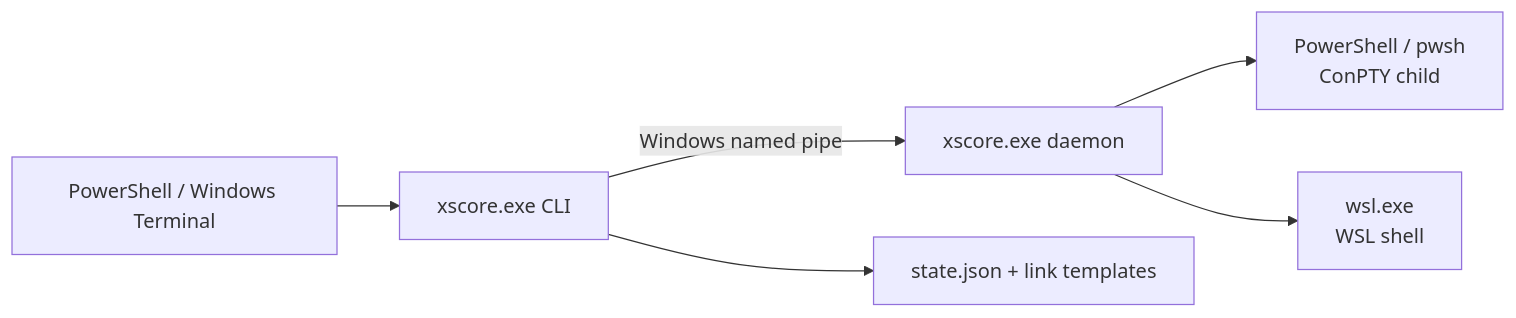
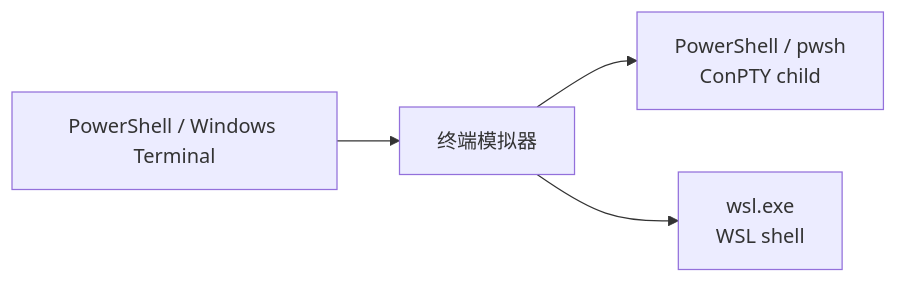
Before and after one commit to xiaoshan1234/xscore: the second of 3 diagrams in doc/arch/view-deploy.md, drawn with Mermaid. The commit also changed other lines of this file and 4 other files, not shown here.

First line of the commit message:
refactor: update architecture documentation for terminal emulator

````diff
--- a/doc/arch/view-deploy.md
+++ b/doc/arch/view-deploy.md
@@ -67,15 +42,6 @@
 ```mermaid
 flowchart LR
-    U["PowerShell / Windows Terminal"]
-    CLI["xscore.exe CLI"]
-    D["xscore.exe daemon"]
-    P["PowerShell / pwsh<br/>ConPTY child"]
-    W["wsl.exe<br/>WSL shell"]
-    S["state.json + link templates"]
-
-    U --> CLI
-    CLI -->|Windows named pipe| D
-    CLI --> S
-    D --> P
-    D --> W
+    U["PowerShell / Windows Terminal"] --> APP["终端模拟器"]
+    APP --> P["PowerShell / pwsh<br/>ConPTY child"]
+    APP --> W["wsl.exe<br/>WSL shell"]
 ```
````
